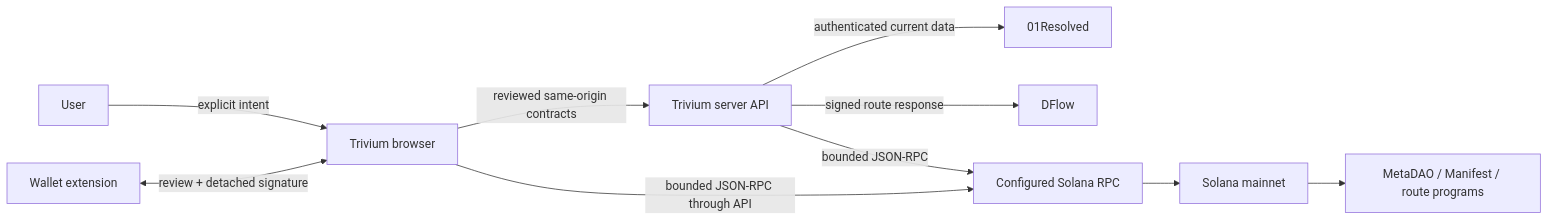
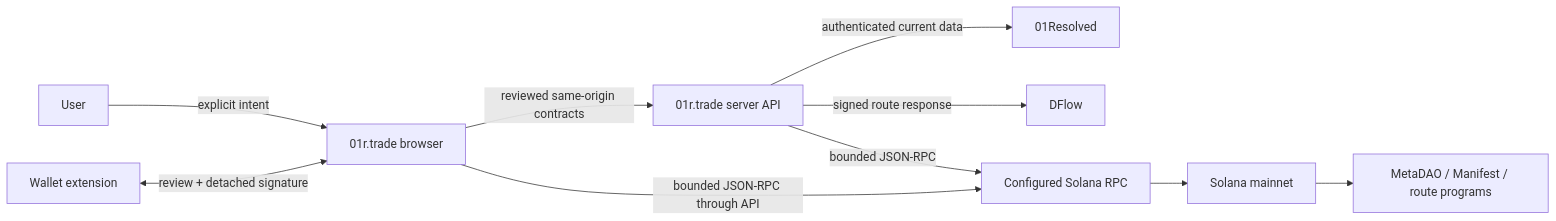
One commit to FewGoodCoins/01rx changed the diagram in docs/audits/control-matrix-v1.md. Above: the diagram before and after it, drawn with Mermaid. The commit also changed other lines of this file and 30 other files, not shown here.

````diff
--- a/docs/audits/control-matrix-v1.md
+++ b/docs/audits/control-matrix-v1.md
@@ -19,12 +19,12 @@
 ```mermaid
 flowchart LR
-  User[User] -->|explicit intent| Browser[Trivium browser]
+  User[User] -->|explicit intent| Browser[01r.trade browser]
   Wallet[Wallet extension] <-->|review + detached signature| Browser
-  Browser -->|reviewed same-origin contracts| API[Trivium server API]
+  Browser -->|reviewed same-origin contracts| API[01r.trade server API]
   API -->|authenticated current data| Resolved[01Resolved]
   API -->|signed route response| DFlow[DFlow]
   API -->|bounded JSON-RPC| RPC[Configured Solana RPC]
   Browser -->|bounded JSON-RPC through API| RPC
   RPC --> Solana[Solana mainnet]
   Solana --> Programs[MetaDAO / Manifest / route programs]
 ```
````
